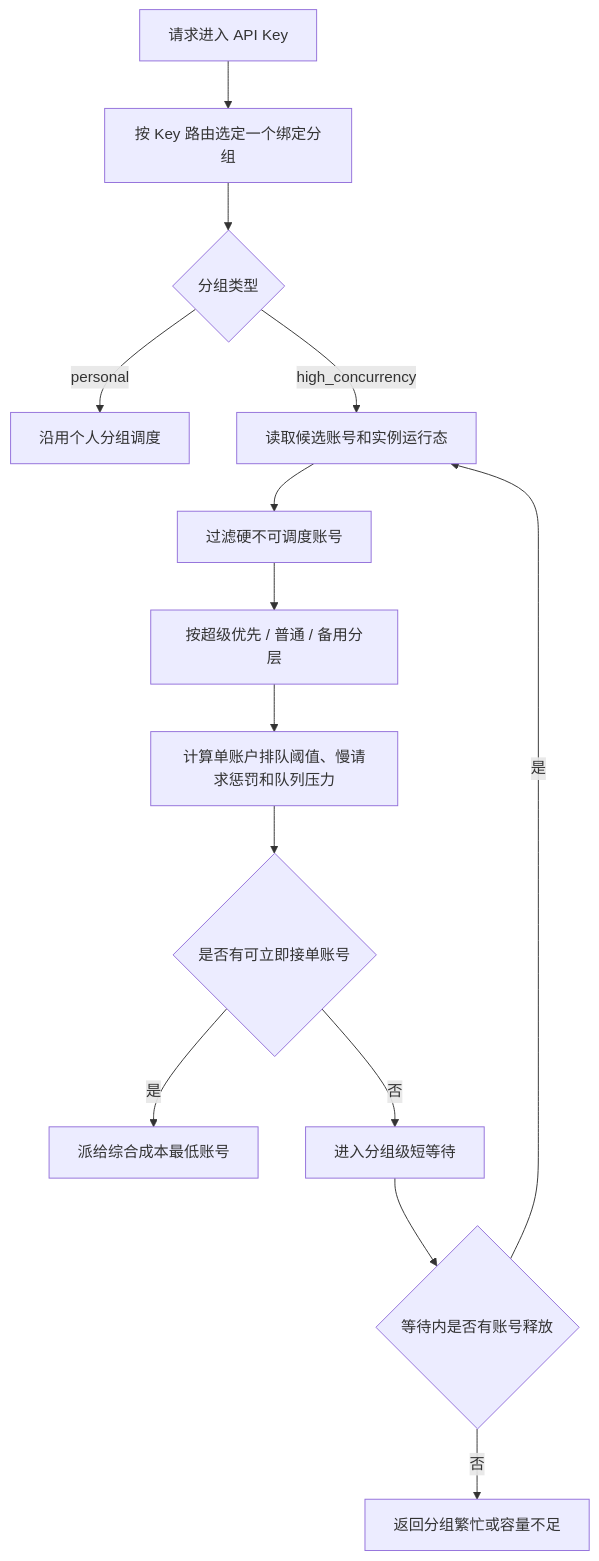
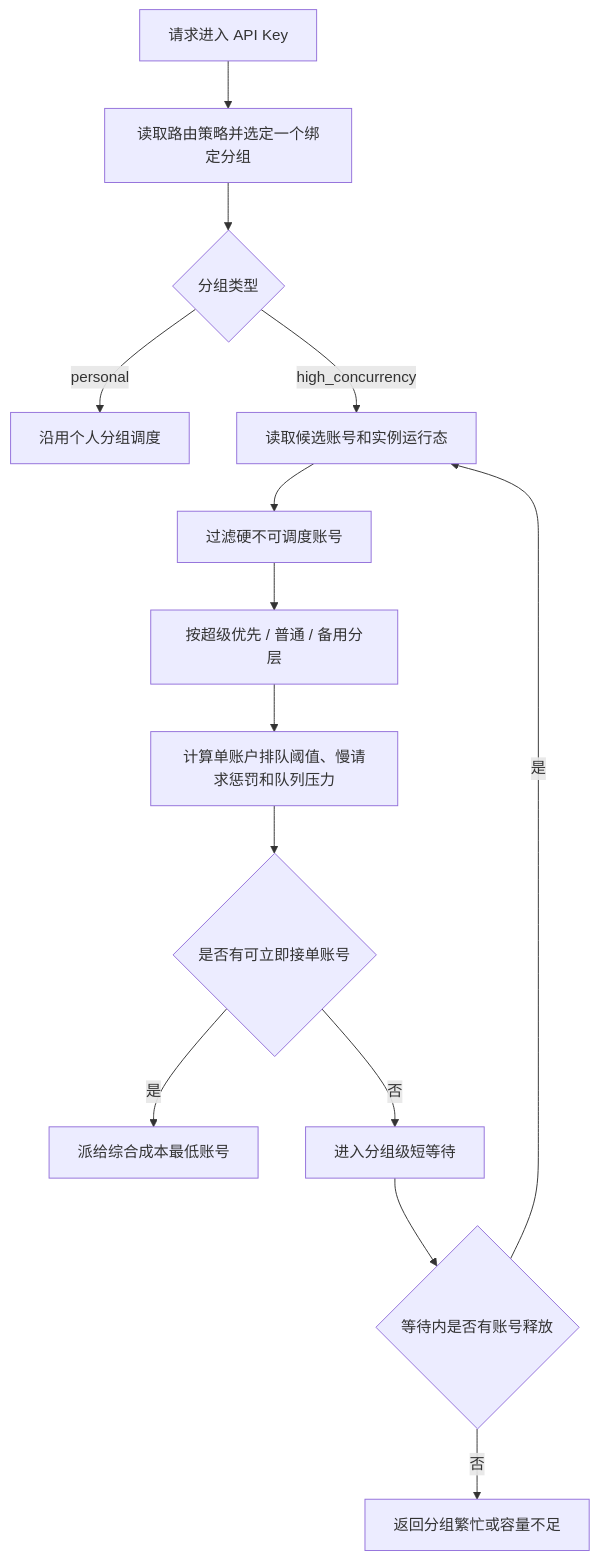
Before and after one commit to huanmin123/juhe-ai: the diagram in docs/functions/高并发分组调度设计.md, drawn with Mermaid. The commit also changed other lines of this file and 182 other files, not shown here.

````diff
--- a/docs/functions/高并发分组调度设计.md
+++ b/docs/functions/高并发分组调度设计.md
@@ -115,16 +115,16 @@
 ```mermaid
 flowchart TD
-  A["请求进入 API Key"] --> B["按 Key 路由选定一个绑定分组"]
+  A["请求进入 API Key"] --> B["读取路由策略并选定一个绑定分组"]
   B --> C{"分组类型"}
   C -- "personal" --> D["沿用个人分组调度"]
   C -- "high_concurrency" --> E["读取候选账号和实例运行态"]
   E --> F["过滤硬不可调度账号"]
   F --> G["按超级优先 / 普通 / 备用分层"]
   G --> H["计算单账户排队阈值、慢请求惩罚和队列压力"]
   H --> I{"是否有可立即接单账号"}
   I -- "是" --> J["派给综合成本最低账号"]
   I -- "否" --> K["进入分组级短等待"]
   K --> L{"等待内是否有账号释放"}
   L -- "是" --> E
   L -- "否" --> M["返回分组繁忙或容量不足"]
 ```
````
